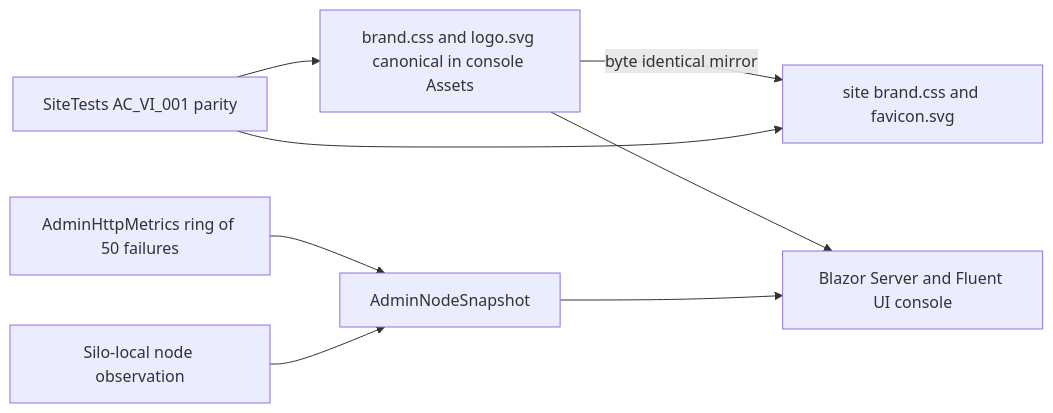
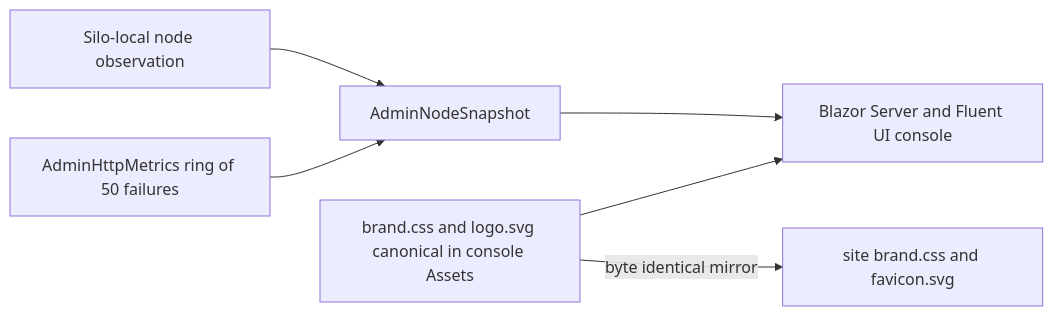
Before and after one commit to managedcode/KeyLoad: the diagram in docs/ADR/ADR-053-unified-visual-identity.md, drawn with Mermaid. The commit also changed other lines of this file and 1064 other files, not shown here.

````diff
--- a/docs/ADR/ADR-053-unified-visual-identity.md
+++ b/docs/ADR/ADR-053-unified-visual-identity.md
@@ -47,10 +47,8 @@
 ```mermaid
 flowchart LR
     Brand[brand.css and logo.svg canonical in console Assets] --> Console[Blazor Server and Fluent UI console]
     Brand -->|byte identical mirror| Site[site brand.css and favicon.svg]
-    Drift[SiteTests AC_VI_001 parity] --> Site
-    Drift --> Brand
     Server[AdminHttpMetrics ring of 50 failures] --> Snapshot[AdminNodeSnapshot]
     Config[Silo-local node observation] --> Snapshot
     Snapshot --> Console
 ```
````
